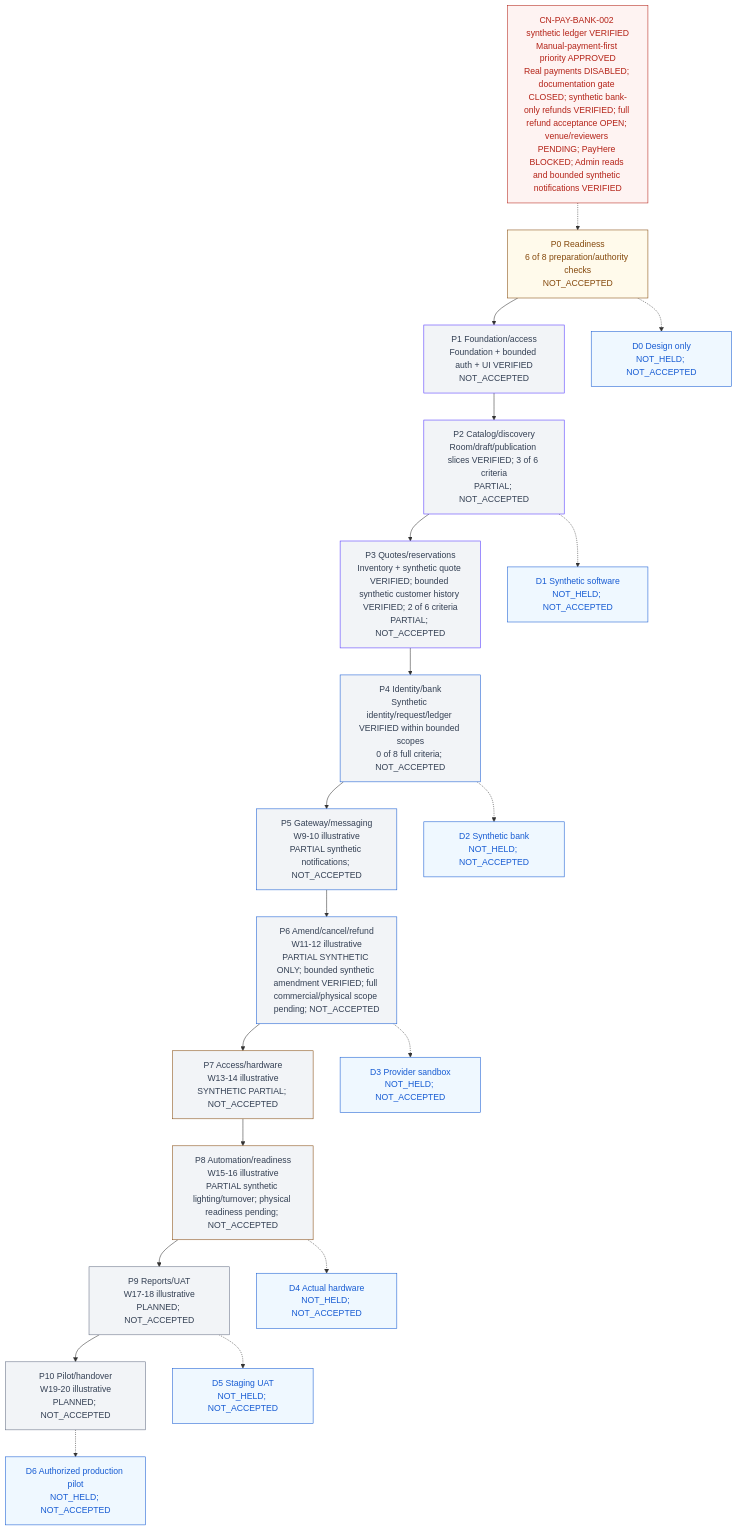
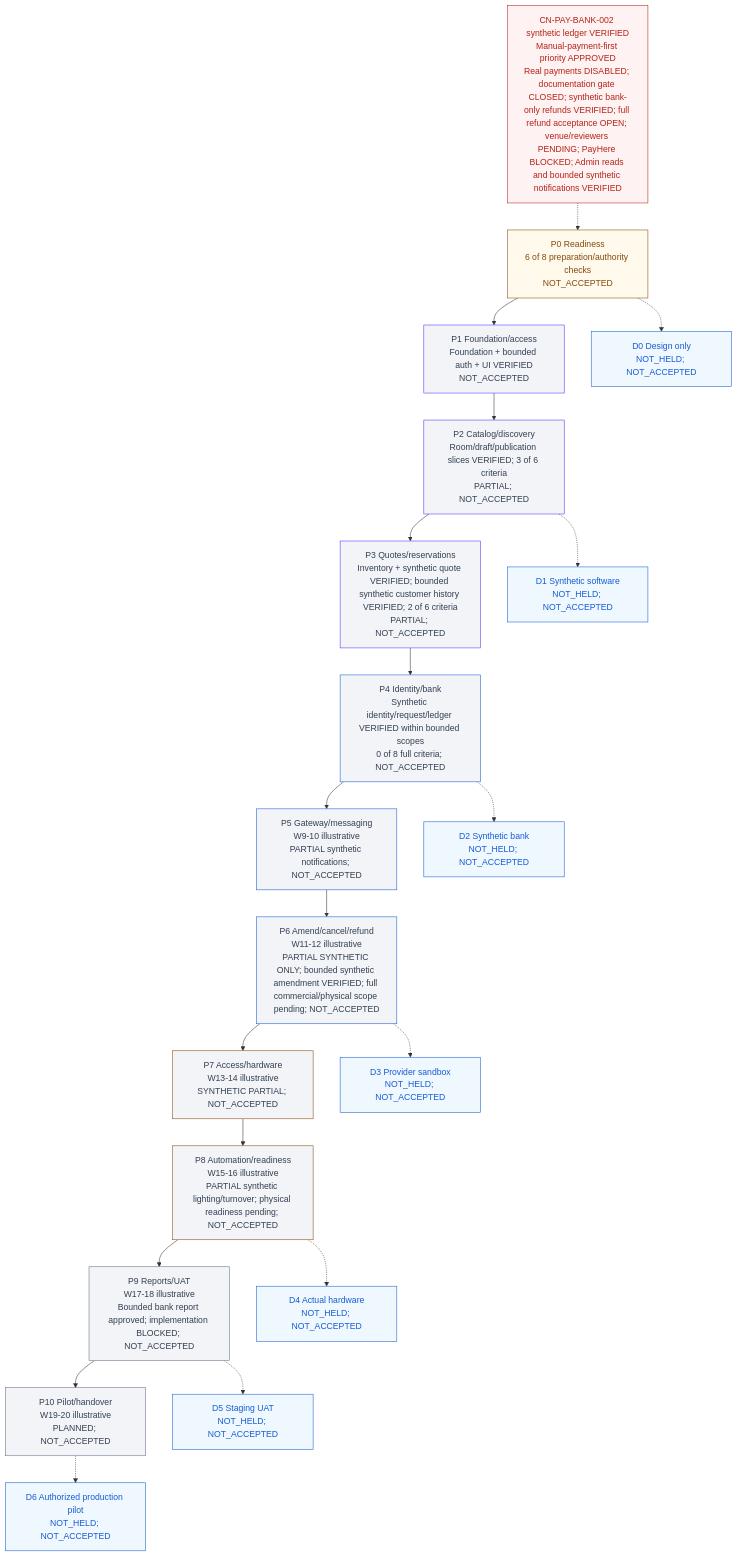
The diagram in knowledge/PROGRESS.md (Hasitha3513/Theater-Project), drawn with Mermaid before and after one commit. The commit also changed other lines of this file and 9 other files, not shown here.

Commit message:
docs(reporting): approve bounded synthetic bank report scope

````diff
--- a/knowledge/PROGRESS.md
+++ b/knowledge/PROGRESS.md
@@ -313,45 +313,45 @@
 ```mermaid
 flowchart TB
   G["CN-PAY-BANK-002 synthetic ledger VERIFIED<br/>Manual-payment-first priority APPROVED<br/>Real payments DISABLED; documentation gate CLOSED; synthetic bank-only refunds VERIFIED; full refund acceptance OPEN; venue/reviewers PENDING; PayHere BLOCKED; Admin reads and bounded synthetic notifications VERIFIED"]
   P0["P0 Readiness<br/>6 of 8 preparation/authority checks<br/>NOT_ACCEPTED"]
   P1["P1 Foundation/access<br/>Foundation + bounded auth + UI VERIFIED<br/>NOT_ACCEPTED"]
   P2["P2 Catalog/discovery<br/>Room/draft/publication slices VERIFIED; 3 of 6 criteria<br/>PARTIAL; NOT_ACCEPTED"]
   P3["P3 Quotes/reservations<br/>Inventory + synthetic quote VERIFIED; bounded synthetic customer history VERIFIED; 2 of 6 criteria<br/>PARTIAL; NOT_ACCEPTED"]
   P4["P4 Identity/bank<br/>Synthetic identity/request/ledger VERIFIED within bounded scopes<br/>0 of 8 full criteria; NOT_ACCEPTED"]
   P5["P5 Gateway/messaging<br/>W9-10 illustrative<br/>PARTIAL synthetic notifications; NOT_ACCEPTED"]
   P6["P6 Amend/cancel/refund<br/>W11-12 illustrative<br/>PARTIAL SYNTHETIC ONLY; bounded synthetic amendment VERIFIED; full commercial/physical scope pending; NOT_ACCEPTED"]
   P7["P7 Access/hardware<br/>W13-14 illustrative<br/>SYNTHETIC PARTIAL; NOT_ACCEPTED"]
   P8["P8 Automation/readiness<br/>W15-16 illustrative<br/>PARTIAL synthetic lighting/turnover; physical readiness pending; NOT_ACCEPTED"]
-  P9["P9 Reports/UAT<br/>W17-18 illustrative<br/>PLANNED; NOT_ACCEPTED"]
+  P9["P9 Reports/UAT<br/>W17-18 illustrative<br/>Bounded bank report approved; implementation BLOCKED; NOT_ACCEPTED"]
   P10["P10 Pilot/handover<br/>W19-20 illustrative<br/>PLANNED; NOT_ACCEPTED"]
   G -.-> P0
   P0 --> P1 --> P2 --> P3 --> P4 --> P5 --> P6 --> P7 --> P8 --> P9 --> P10
   D0["D0 Design only<br/>NOT_HELD; NOT_ACCEPTED"]
   D1["D1 Synthetic software<br/>NOT_HELD; NOT_ACCEPTED"]
   D2["D2 Synthetic bank<br/>NOT_HELD; NOT_ACCEPTED"]
   D3["D3 Provider sandbox<br/>NOT_HELD; NOT_ACCEPTED"]
   D4["D4 Actual hardware<br/>NOT_HELD; NOT_ACCEPTED"]
   D5["D5 Staging UAT<br/>NOT_HELD; NOT_ACCEPTED"]
   D6["D6 Authorized production pilot<br/>NOT_HELD; NOT_ACCEPTED"]
   P0 -.-> D0
   P2 -.-> D1
   P4 -.-> D2
   P6 -.-> D3
   P8 -.-> D4
   P9 -.-> D5
   P10 -.-> D6
   classDef readiness fill:#FFFAEB,color:#854A0E,stroke:#854A0E;
   classDef foundation fill:#F2F4F7,color:#344054,stroke:#5135FF;
   classDef financial fill:#F2F4F7,color:#344054,stroke:#175CD3;
   classDef physical fill:#F2F4F7,color:#344054,stroke:#854A0E;
   classDef release fill:#F2F4F7,color:#344054,stroke:#667085;
   classDef blocked fill:#FEF3F2,color:#B42318,stroke:#B42318;
   classDef demo fill:#EFF8FF,color:#175CD3,stroke:#175CD3;
   class P0 readiness;
   class P1,P2,P3 foundation;
   class P4,P5,P6 financial;
   class P7,P8 physical;
   class P9,P10 release;
   class G blocked;
   class D0,D1,D2,D3,D4,D5,D6 demo;
 ```
````
